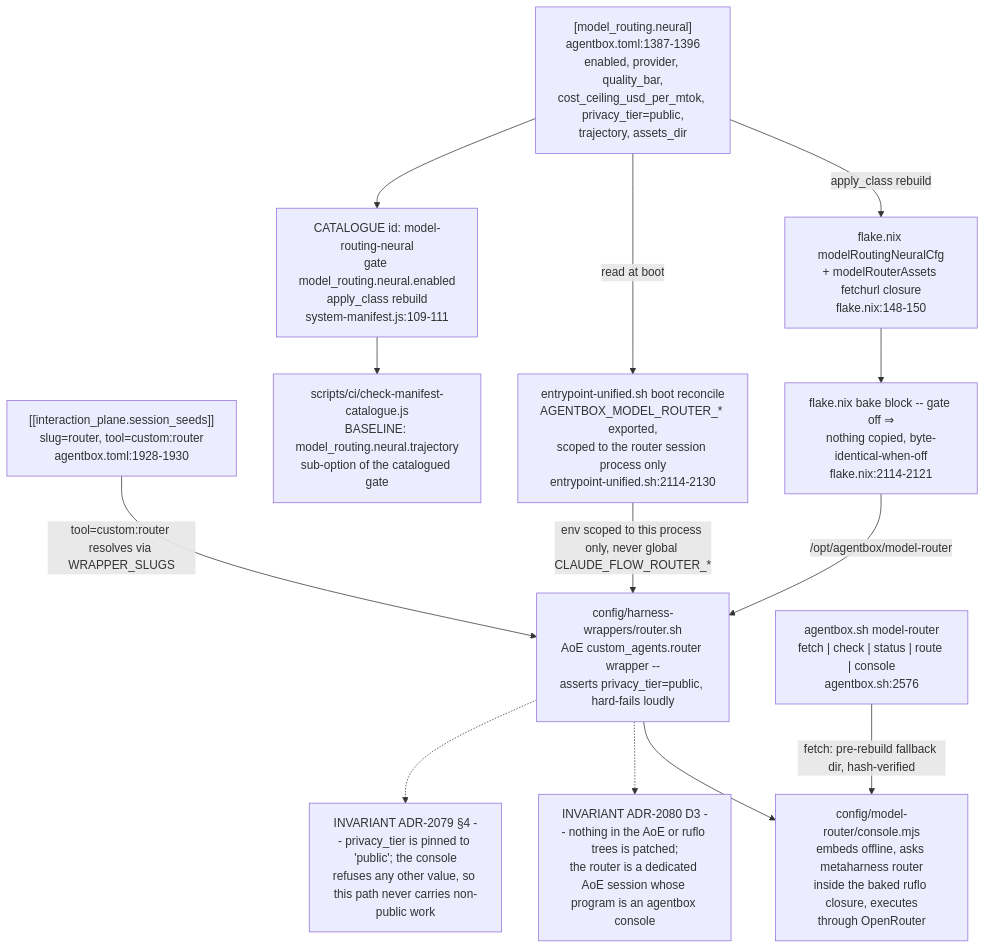
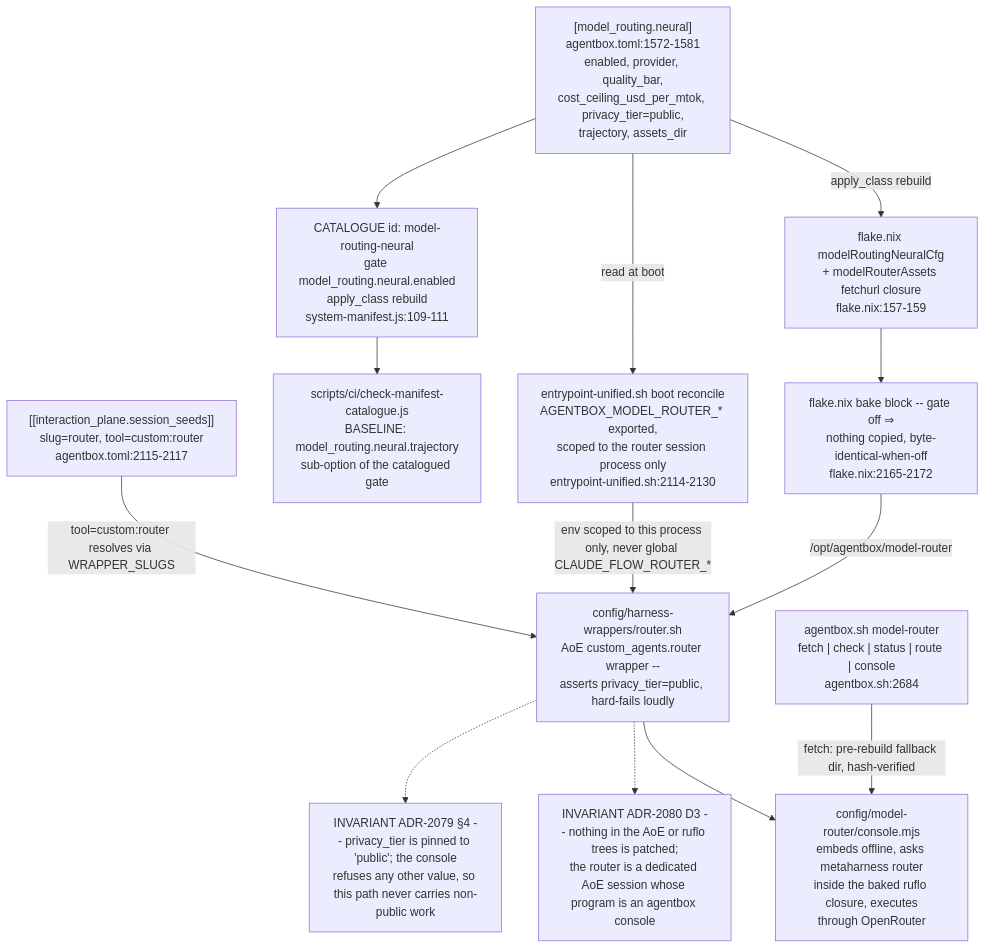
One commit to DreamLab-AI/VisionFlow changed diagram 14 of 14 in docs/diagrams/agentbox/15-capability-gating-spend-consultants.md. Above: the diagram before and after it, drawn with Mermaid. The commit also changed other lines of this file and 80 other files, not shown here.

First line of the commit message:
docs(diagrams): re-verify the agentbox, dreamlab, estate and visionflow corpus against current sources

````diff
--- a/docs/diagrams/agentbox/15-capability-gating-spend-consultants.md
+++ b/docs/diagrams/agentbox/15-capability-gating-spend-consultants.md
@@ -713,29 +713,29 @@
 ```mermaid
 flowchart TD
-    T["[model_routing.neural]<br/>agentbox.toml:1387-1396<br/>enabled, provider, quality_bar,<br/>cost_ceiling_usd_per_mtok, privacy_tier=public,<br/>trajectory, assets_dir"]
-    SEED["[[interaction_plane.session_seeds]]<br/>slug=router, tool=custom:router<br/>agentbox.toml:1928-1930"]
+    T["[model_routing.neural]<br/>agentbox.toml:1572-1581<br/>enabled, provider, quality_bar,<br/>cost_ceiling_usd_per_mtok, privacy_tier=public,<br/>trajectory, assets_dir"]
+    SEED["[[interaction_plane.session_seeds]]<br/>slug=router, tool=custom:router<br/>agentbox.toml:2115-2117"]
     CAT["CATALOGUE id: model-routing-neural<br/>gate model_routing.neural.enabled<br/>apply_class rebuild<br/>system-manifest.js:109-111"]
-    NIX["flake.nix modelRoutingNeuralCfg<br/>+ modelRouterAssets fetchurl closure<br/>flake.nix:148-150"]
-    BAKE["flake.nix bake block -- gate off ⇒<br/>nothing copied, byte-identical-when-off<br/>flake.nix:2114-2121"]
+    NIX["flake.nix modelRoutingNeuralCfg<br/>+ modelRouterAssets fetchurl closure<br/>flake.nix:157-159"]
+    BAKE["flake.nix bake block -- gate off ⇒<br/>nothing copied, byte-identical-when-off<br/>flake.nix:2165-2172"]
     ENTRY["entrypoint-unified.sh boot reconcile<br/>AGENTBOX_MODEL_ROUTER_* exported,<br/>scoped to the router session process only<br/>entrypoint-unified.sh:2114-2130"]
     WRAP["config/harness-wrappers/router.sh<br/>AoE custom_agents.router wrapper --<br/>asserts privacy_tier=public, hard-fails loudly"]
     CONSOLE["config/model-router/console.mjs<br/>embeds offline, asks metaharness router<br/>inside the baked ruflo closure, executes<br/>through OpenRouter"]
-    CLI["agentbox.sh model-router<br/>fetch #124; check #124; status #124; route #124; console<br/>agentbox.sh:2576"]
+    CLI["agentbox.sh model-router<br/>fetch #124; check #124; status #124; route #124; console<br/>agentbox.sh:2684"]
     CATCHECK["scripts/ci/check-manifest-catalogue.js<br/>BASELINE: model_routing.neural.trajectory<br/>sub-option of the catalogued gate"]
 
     T -->|"apply_class rebuild"| NIX
     NIX --> BAKE
     BAKE -->|"/opt/agentbox/model-router"| WRAP
     T -->|"read at boot"| ENTRY
     ENTRY -->|"env scoped to this process only, never global CLAUDE_FLOW_ROUTER_*"| WRAP
     SEED -->|"tool=custom:router resolves via WRAPPER_SLUGS"| WRAP
     WRAP --> CONSOLE
     CLI -->|"fetch: pre-rebuild fallback dir, hash-verified"| CONSOLE
     T --> CAT
     CAT --> CATCHECK
 
     NOTE1["INVARIANT ADR-2080 D3 -- nothing in the AoE or ruflo trees is patched;<br/>the router is a dedicated AoE session whose program is an agentbox console"]
     NOTE2["INVARIANT ADR-2079 §4 -- privacy_tier is pinned to 'public'; the console<br/>refuses any other value, so this path never carries non-public work"]
     WRAP -.-> NOTE1
     WRAP -.-> NOTE2
 ```
````
